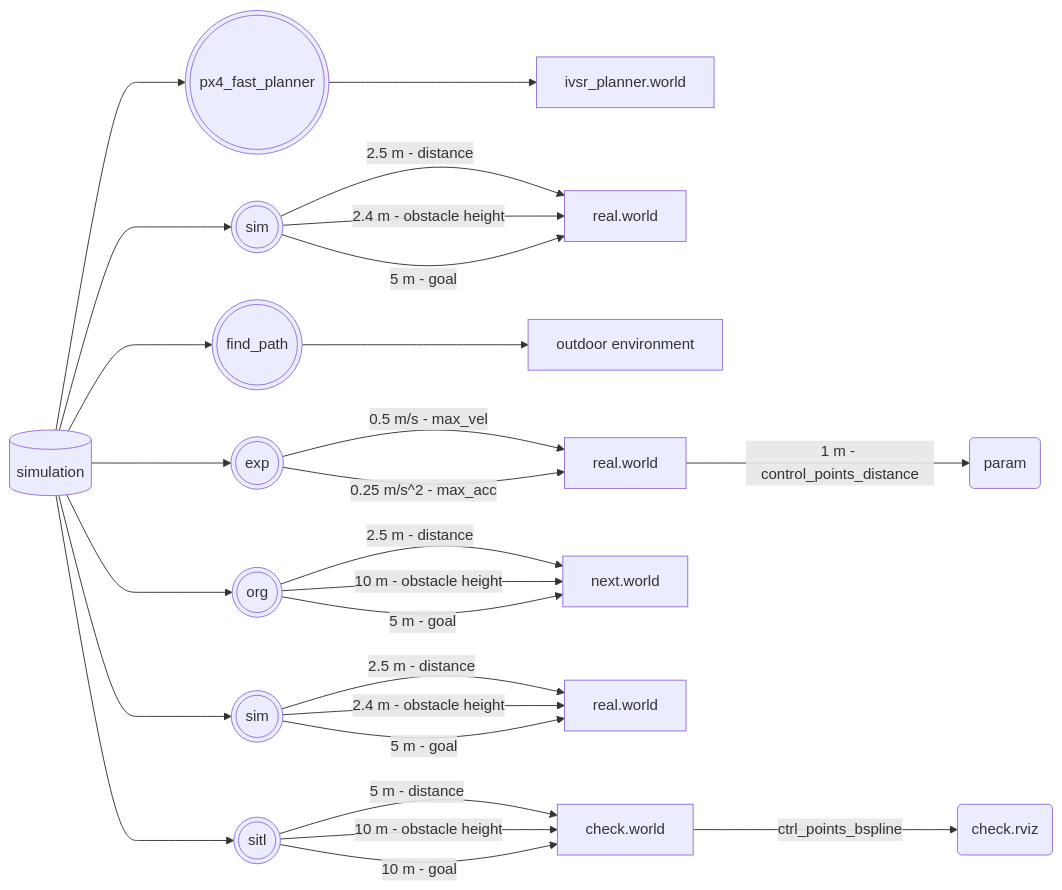
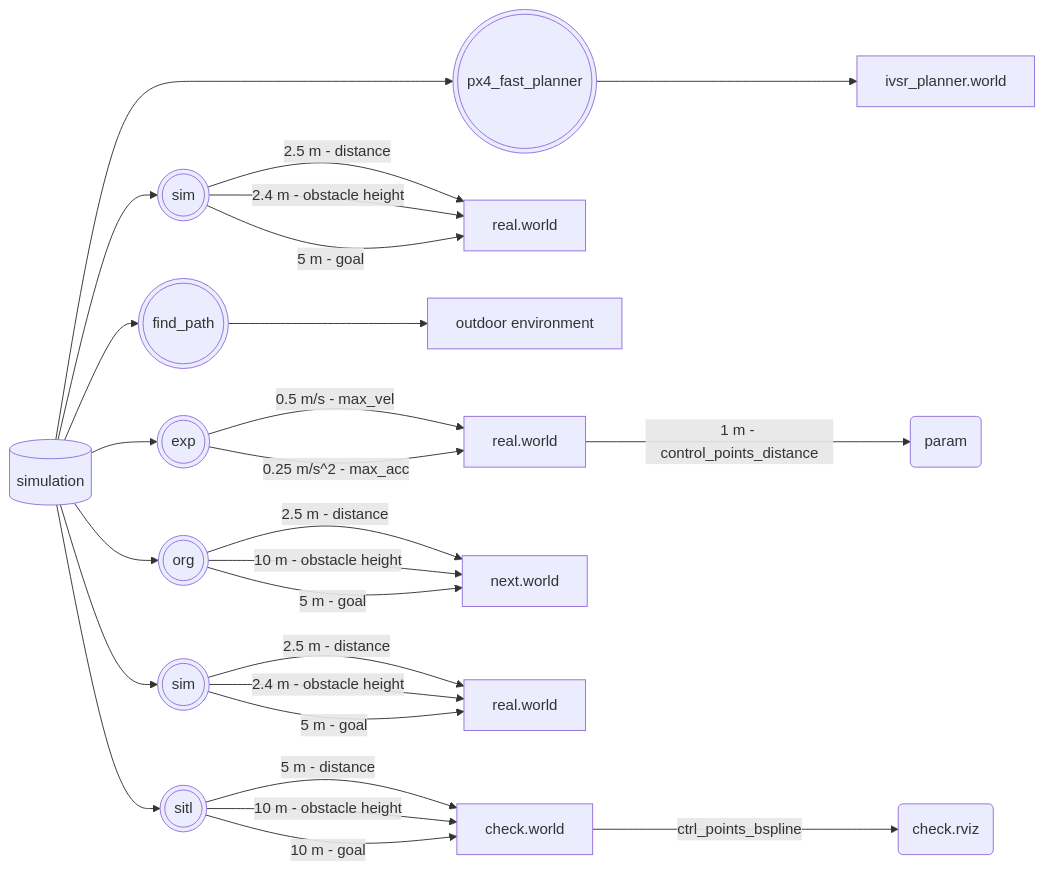
Before and after one commit to Dieptranivsr/drone_extend: the second of 4 diagrams in sp_code/system.md, drawn with Mermaid.

````diff
--- a/sp_code/system.md
+++ b/sp_code/system.md
@@ -8,29 +8,29 @@
 ```mermaid
 flowchart LR 
 
 A[(simulation)] o--> B(((px4_fast_planner)))
 B --> C[ivsr_planner.world]
-A o--> D(((sim)))
+A --> D(((sim)))
 D -->|2.5 m - distance| E[real.world]
 D -->|2.4 m - obstacle height| E
 D -->|5 m - goal| E
-A o--> F(((find_path)))
+A --> F(((find_path)))
 F --> G[outdoor environment]
-A o--> H(((exp)))
+A --> H(((exp)))
 H -->|0.5 m/s - max_vel| I[real.world]
 H -->|0.25 m/s^2 - max_acc| I
 I -->|1 m - control_points_distance| II(param)
-A o--> J(((org)))
+A --> J(((org)))
 J -->|2.5 m - distance| K[next.world]
 J -->|10 m - obstacle height| K
 J -->|5 m - goal| K
-A o--> L(((sim)))
+A --> L(((sim)))
 L -->|2.5 m - distance| LL[real.world]
 L -->|2.4 m - obstacle height| LL
 L -->|5 m - goal| LL
-A o--> M(((sitl)))
+A --> M(((sitl)))
 M -->|5 m - distance| N[check.world]
 M -->|10 m - obstacle height| N
 M -->|10 m - goal| N
 N -->|ctrl_points_bspline| NN(check.rviz)
 ```
````
